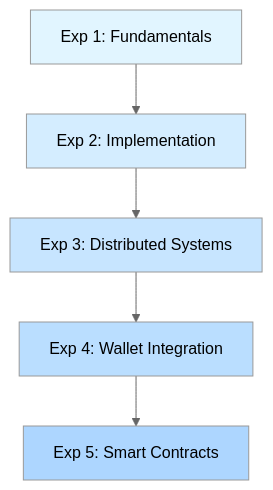
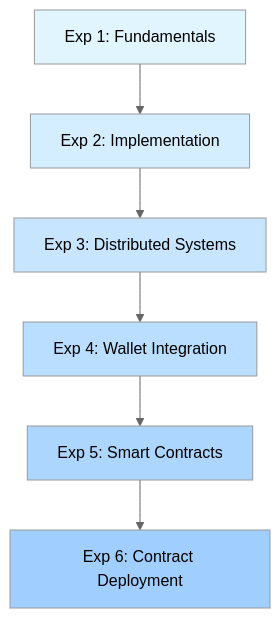
Before and after one commit to AtharvaLotankar11/Blockchain_Experiments_Atharva_Lotankar_20: the diagram in README.md, drawn with Mermaid (neutral theme). The commit also changed other lines of this file, not shown here.

````diff
--- a/README.md
+++ b/README.md
@@ -185,13 +215,15 @@
 ```mermaid
 graph TD
     A[Exp 1: Fundamentals] --> B[Exp 2: Implementation]
     B --> C[Exp 3: Distributed Systems]
     C --> D[Exp 4: Wallet Integration]
     D --> E[Exp 5: Smart Contracts]
-    
+    E --> F[Exp 6: Contract Deployment]
+
     style A fill:#e1f5ff
     style B fill:#d4edff
     style C fill:#c7e5ff
     style D fill:#badeff
     style E fill:#add6ff
+    style F fill:#a0ceff
 ```
````
